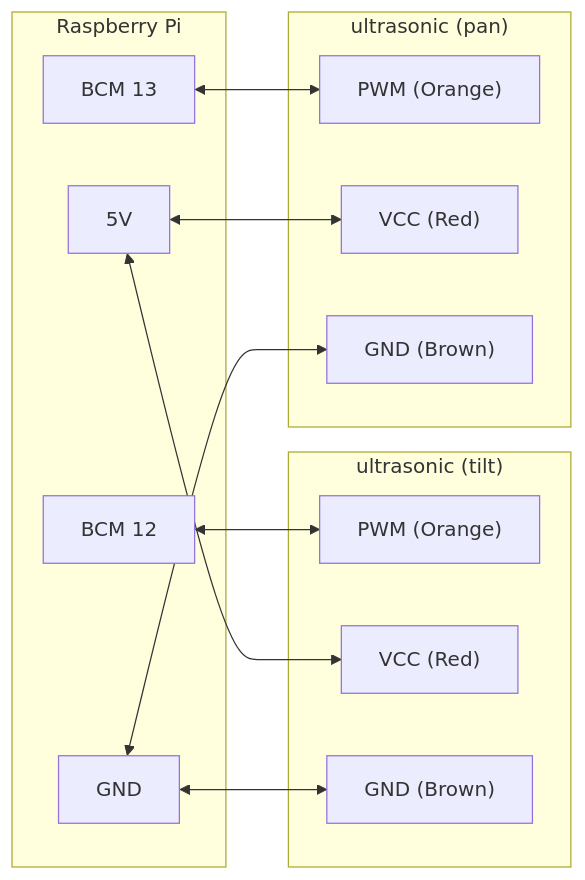
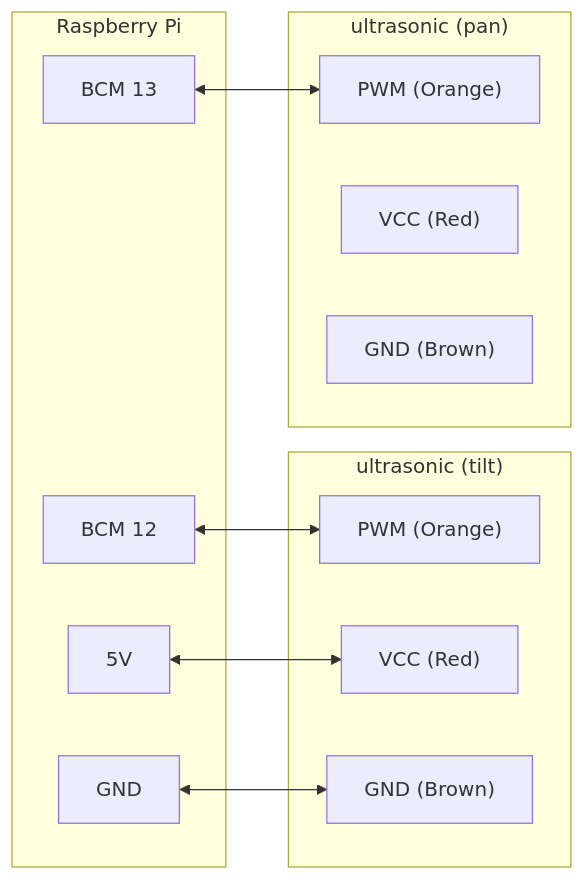
Before and after one commit to lankahsu520/RPiP9: the second of 5 diagrams in README.md, drawn with Mermaid. The commit also changed other lines of this file, not shown here.

````diff
--- a/README.md
+++ b/README.md
@@ -90,25 +90,23 @@
 ```mermaid
 flowchart LR
 	subgraph "ultrasonic (tilt)"
 		PWM_tilt["PWM (Orange)"]
 		VCC_tilt["VCC (Red)"]
 		GND_tilt["GND (Brown)"]
 	end
 	subgraph "ultrasonic (pan)"
 		PWM_pan["PWM (Orange)"]
 		VCC_pan["VCC (Red)"]
 		GND_pan["GND (Brown)"]
 	end
 	subgraph "Raspberry Pi"
 		BCM12[BCM 12]
 		BCM13[BCM 13]
 		5V_PI[5V]
 		GND_PI[GND]
 	end
 	BCM12 <--> PWM_tilt
 	BCM13 <--> PWM_pan
 	5V_PI <--> VCC_tilt
-	5V_PI <--> VCC_pan
 	GND_PI <--> GND_tilt
-	GND_PI <--> GND_pan
 ```
````
